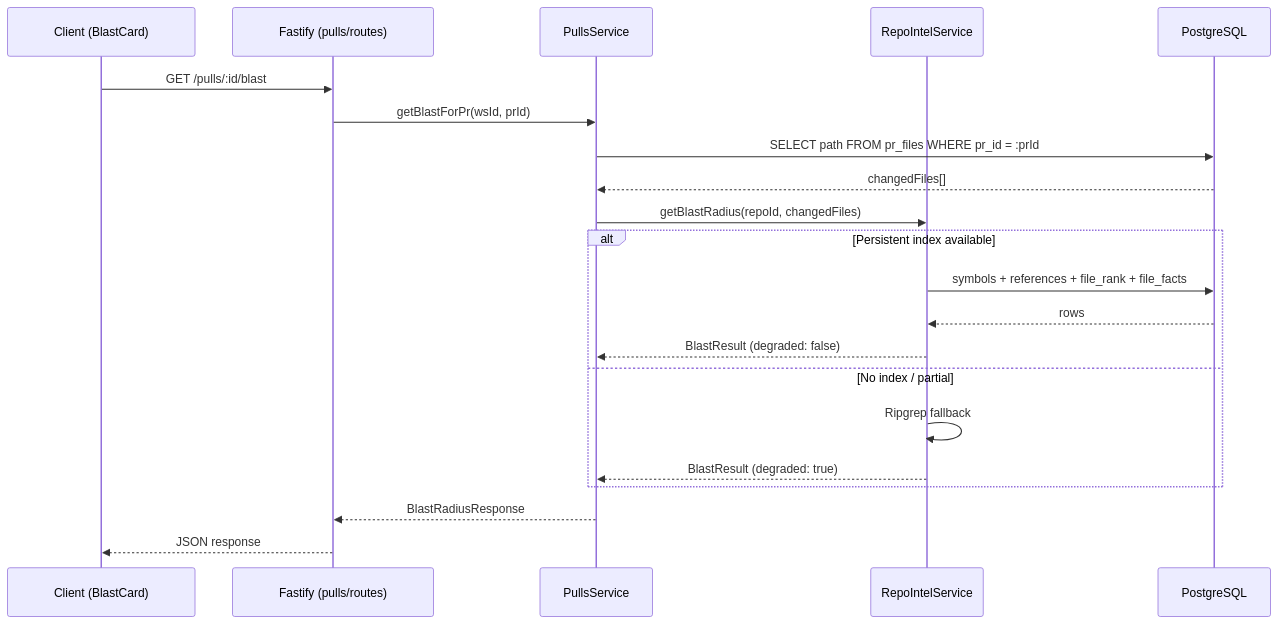
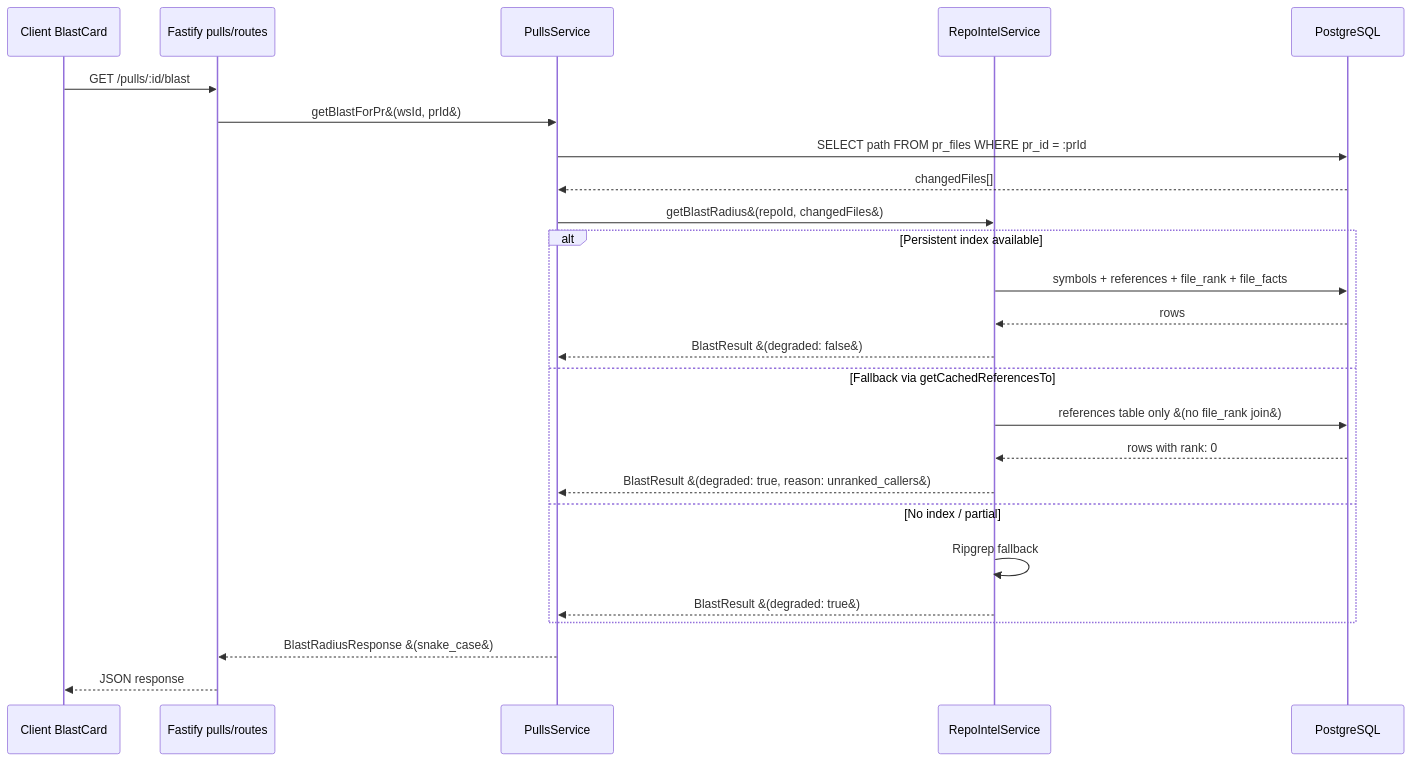
Before and after one commit to IevgenKuznetsov/dev-digest: the first of 2 diagrams in docs/BlastRadius/plan.md, drawn with Mermaid. The commit also changed other lines of this file and 4 other files, not shown here.

Commit message:
Updated blast radius feature

````diff
--- a/docs/BlastRadius/plan.md
+++ b/docs/BlastRadius/plan.md
@@ -43,24 +44,28 @@
 ```mermaid
 sequenceDiagram
-    participant Client as Client #40;BlastCard#41;
-    participant API as Fastify #40;pulls/routes#41;
+    participant Client as Client BlastCard
+    participant API as Fastify pulls/routes
     participant Service as PullsService
     participant Intel as RepoIntelService
     participant DB as PostgreSQL
 
     Client->>API: GET /pulls/:id/blast
-    API->>Service: getBlastForPr#40;wsId, prId#41;
+    API->>Service: getBlastForPr&#40;wsId, prId&#41;
     Service->>DB: SELECT path FROM pr_files WHERE pr_id = :prId
     DB-->>Service: changedFiles[]
-    Service->>Intel: getBlastRadius#40;repoId, changedFiles#41;
+    Service->>Intel: getBlastRadius&#40;repoId, changedFiles&#41;
     alt Persistent index available
         Intel->>DB: symbols + references + file_rank + file_facts
         DB-->>Intel: rows
-        Intel-->>Service: BlastResult #40;degraded: false#41;
+        Intel-->>Service: BlastResult &#40;degraded: false&#41;
+    else Fallback via getCachedReferencesTo
+        Intel->>DB: references table only &#40;no file_rank join&#41;
+        DB-->>Intel: rows with rank: 0
+        Intel-->>Service: BlastResult &#40;degraded: true, reason: unranked_callers&#41;
     else No index / partial
         Intel->>Intel: Ripgrep fallback
-        Intel-->>Service: BlastResult #40;degraded: true#41;
+        Intel-->>Service: BlastResult &#40;degraded: true&#41;
     end
-    Service-->>API: BlastRadiusResponse
+    Service-->>API: BlastRadiusResponse &#40;snake_case&#41;
     API-->>Client: JSON response
 ```
````
